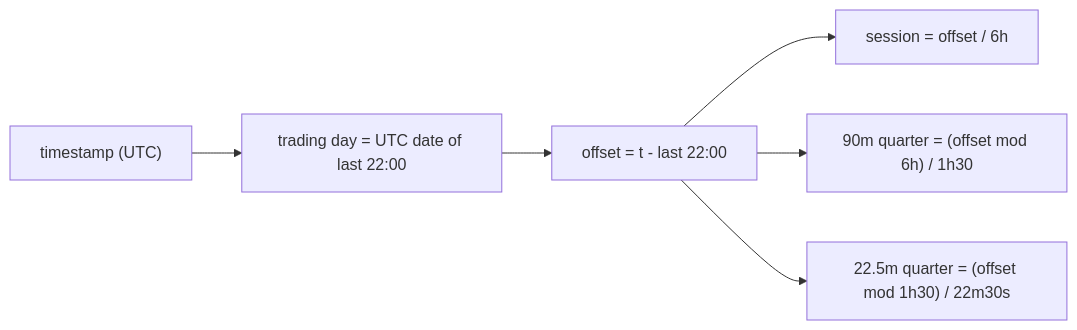
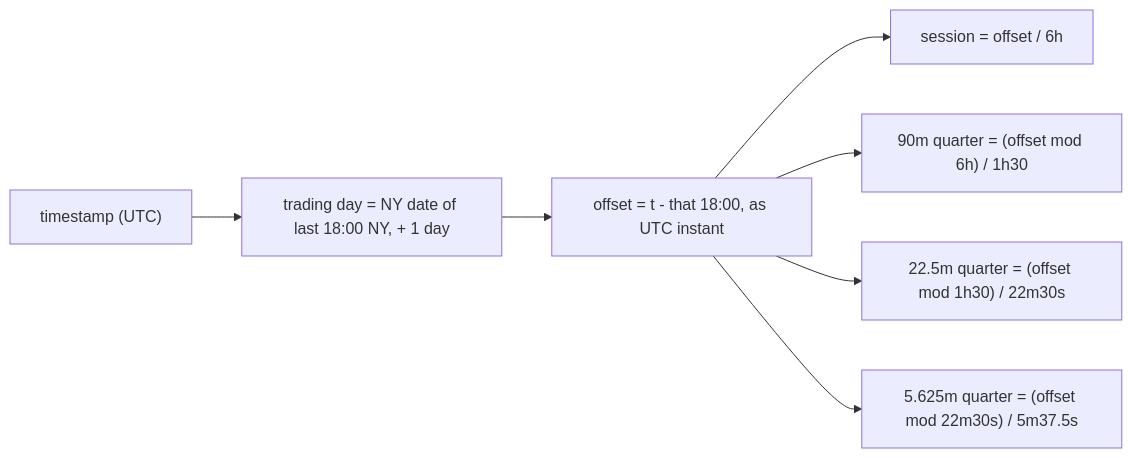
One commit to parvanescu/ict-backtest-engine changed the third of 3 diagrams in documents/implementation_strategy/02_time_model.md. Above: the diagram before and after it, drawn with Mermaid. The commit also changed other lines of this file and 551 other files, not shown here.

````diff
--- a/documents/implementation_strategy/02_time_model.md
+++ b/documents/implementation_strategy/02_time_model.md
@@ -98,8 +108,9 @@
 ```mermaid
 flowchart LR
-    T["timestamp (UTC)"] --> K["trading day = UTC date of last 22:00"]
-    K --> O["offset = t - last 22:00"]
+    T["timestamp (UTC)"] --> K["trading day = NY date of last 18:00 NY, + 1 day"]
+    K --> O["offset = t - that 18:00, as UTC instant"]
     O --> Se["session = offset / 6h"]
     O --> Q90["90m quarter = (offset mod 6h) / 1h30"]
     O --> Q22["22.5m quarter = (offset mod 1h30) / 22m30s"]
+    O --> Q5["5.625m quarter = (offset mod 22m30s) / 5m37.5s"]
 ```
````
